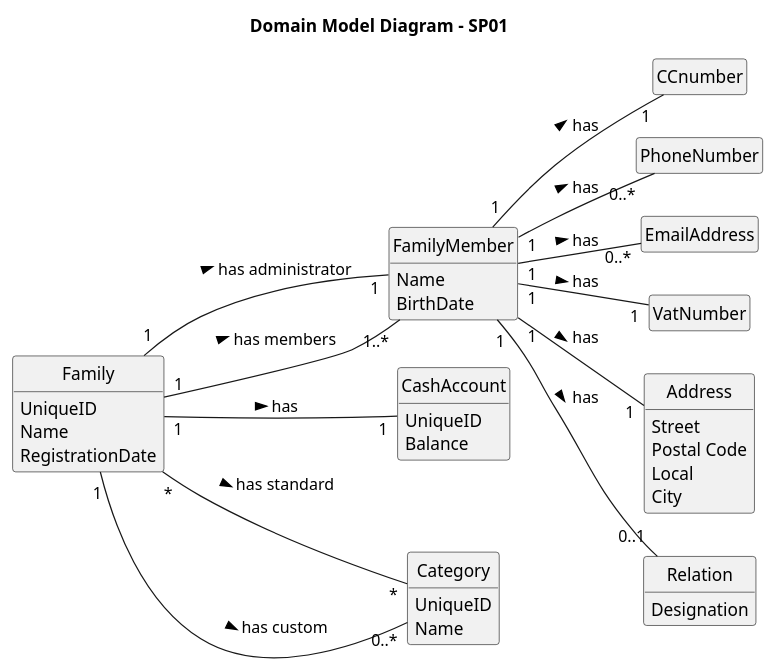
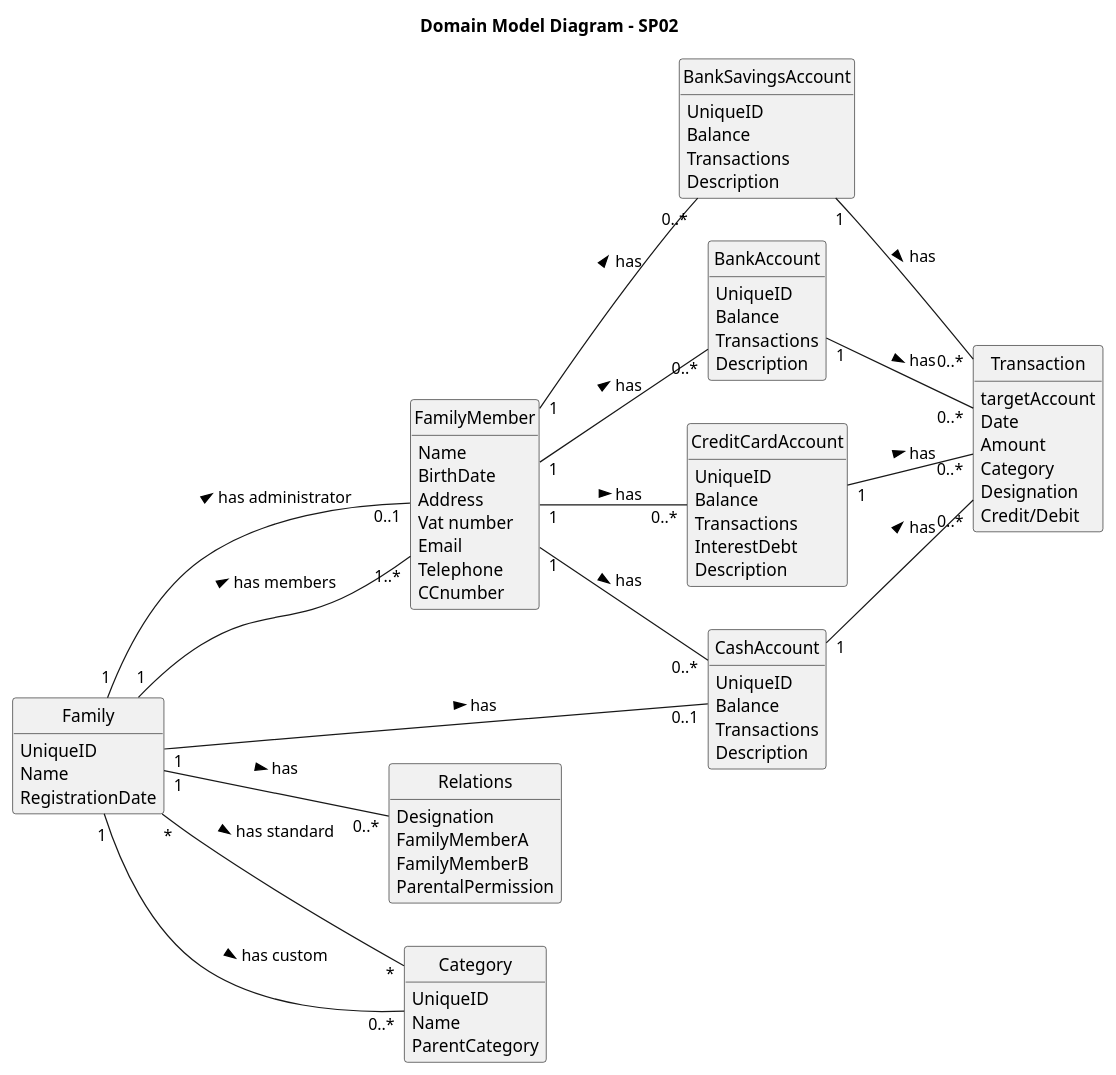
Before and after one commit to tomas-osswald/switch_2020_g3: the diagram in docs/sprint2/diagrams/DomainModelDiagram.puml, drawn with PlantUML.

Commit message:
Greatest Domain Model Cartimance on the Window

```diff
--- a/docs/sprint2/diagrams/DomainModelDiagram.puml
+++ b/docs/sprint2/diagrams/DomainModelDiagram.puml
@@ -1,64 +1,95 @@
 @startuml
 
 hide empty members
 hide circles
 left to right direction
-title Domain Model Diagram - SP01
+title Domain Model Diagram - SP02
 
 class Family {
 UniqueID
 Name
 RegistrationDate
 }
 
 class FamilyMember {
 Name
 BirthDate
+Address
+Vat number
+Email
+Telephone
+CCnumber
 }
 
-class CCnumber {
+
+class BankSavingsAccount {
+UniqueID
+Balance
+Transactions
+Description
 }
 
-class PhoneNumber {
+class BankAccount {
+UniqueID
+Balance
+Transactions
+Description
 }
 
-class EmailAddress {
+class CreditCardAccount {
+UniqueID
+Balance
+Transactions
+InterestDebt
+Description
 }
 
-class VatNumber {
-}
-
-class Address {
-Street
-Postal Code
-Local
-City
-}
 
 class CashAccount {
 UniqueID
 Balance
+Transactions
+Description
 }
 
-class Relation {
+class Relations {
 Designation
+FamilyMemberA
+FamilyMemberB
+ParentalPermission
 }
+
 
 class Category {
 UniqueID
 Name
+ParentCategory
 }
 
-Family "*" -- "*" Category : \n\nhas standard >
-Family "1" -- "0..*" Category : \n\nhas custom >
-Family "1" -- "1" CashAccount : has >
-Family "1" -- "1" FamilyMember : has administrator >
+class Transaction {
+targetAccount
+Date
+Amount
+Category
+Designation
+Credit/Debit
+}
+
+Family "*" -- "*" Category : has standard >
+Family "1" -- "0..*" Category : has custom >
+Family "1" -- "0..1" CashAccount : has >
+Family "1" -- "0..1" FamilyMember : has administrator >
 Family "1" -- "1..*" FamilyMember : has members >
-FamilyMember "1" -- "0..1" Relation : has >
-FamilyMember "1" -- "1" CCnumber : has >
-FamilyMember "1" -- "0..*" PhoneNumber : has >
-FamilyMember "1" -- "0..*" EmailAddress : has >
-FamilyMember "1" -- "1" VatNumber : has >
-FamilyMember "1" -- "1" Address : has >
+Family "1" -- "0..*" Relations : has >
+'Relation has the FamilyMembers to whom it pertains
+FamilyMember "1" -- "0..*" BankSavingsAccount : has >
+FamilyMember "1" -- "0..*" CreditCardAccount : has >
+FamilyMember "1" -- "0..*" BankAccount : has >
+FamilyMember "1" -- "0..*" CashAccount : has >
+CashAccount "1" -- "0..*" Transaction : has >
+CreditCardAccount "1" -- "0..*" Transaction : has >
+BankAccount "1" -- "0..*" Transaction : has >
+BankSavingsAccount "1" -- "0..*" Transaction : has >
+
 
 @enduml
```
